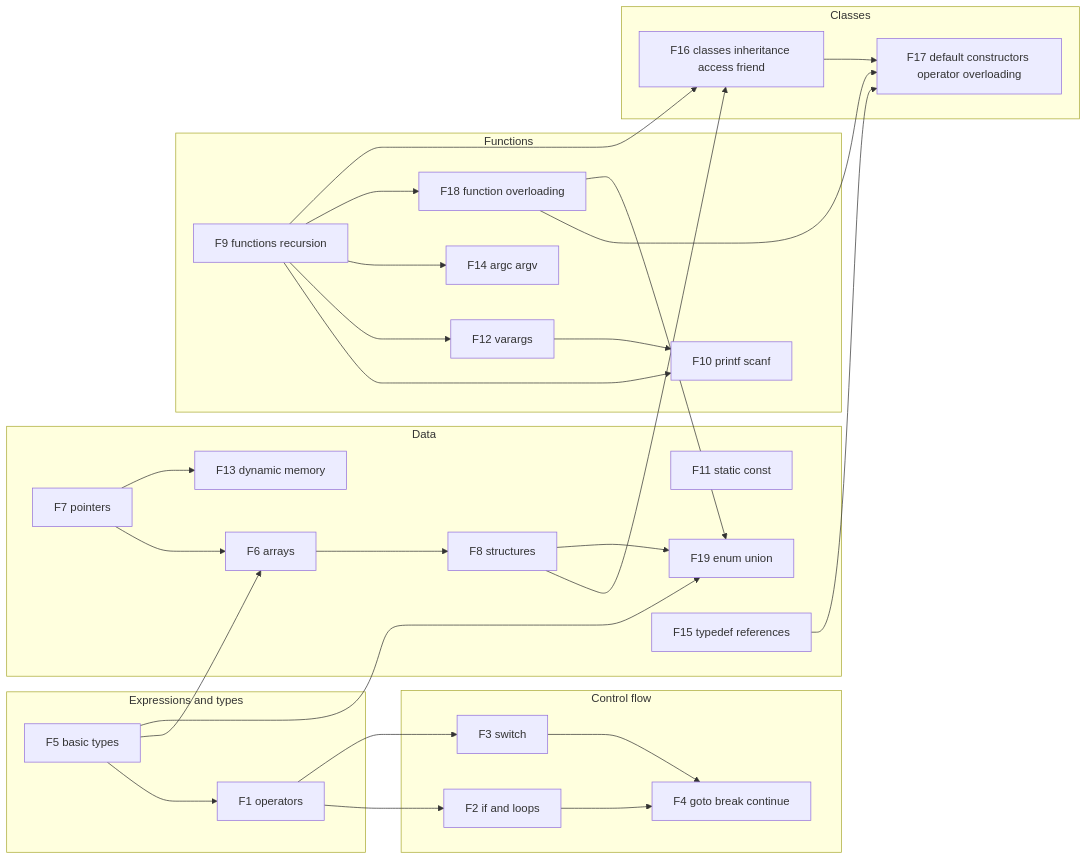
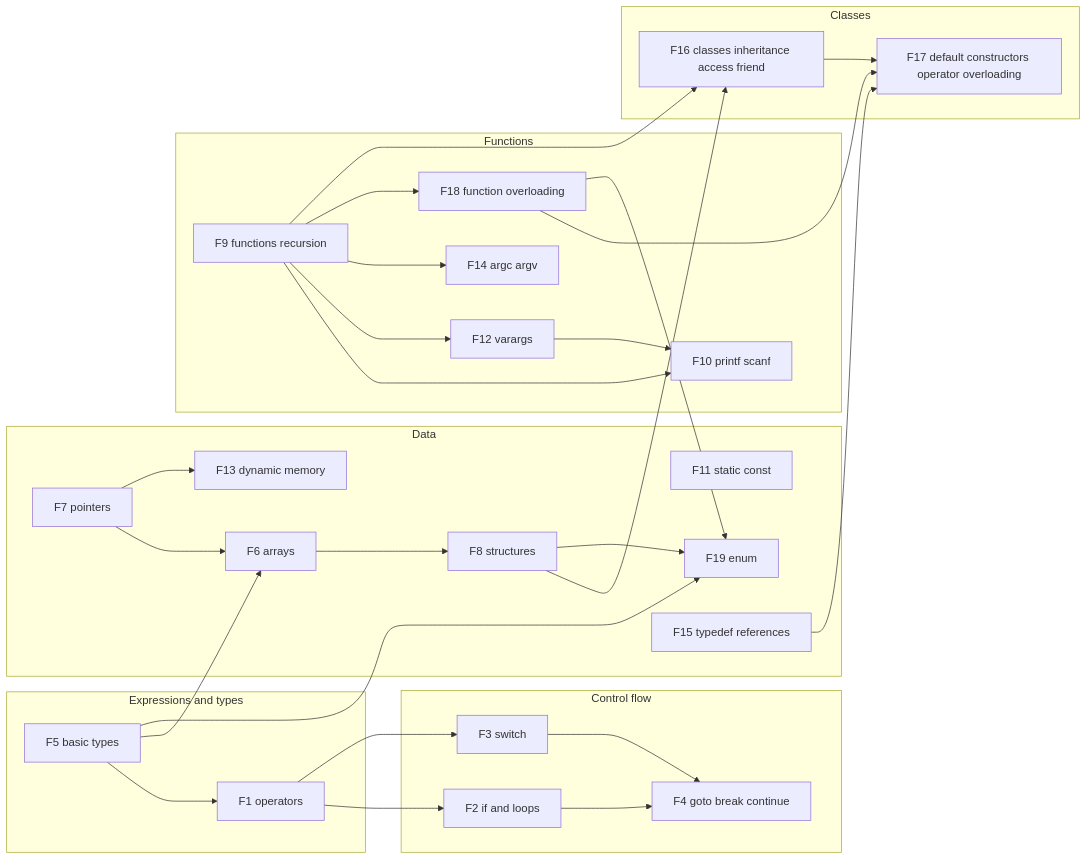
Before and after one commit to migikun474/COMPILER-DESIGN: the second of 3 diagrams in docs/FEATURE_CONNECTIVITY.md, drawn with Mermaid. The commit also changed other lines of this file and 203 other files, not shown here.

First line of the commit message:
Remove union again; keep enum (D50)

````diff
--- a/docs/FEATURE_CONNECTIVITY.md
+++ b/docs/FEATURE_CONNECTIVITY.md
@@ -43,54 +43,54 @@
 ```mermaid
 flowchart LR
     subgraph EXPR["Expressions and types"]
         F1["F1 operators"]
         F5["F5 basic types"]
     end
     subgraph CTRL["Control flow"]
         F2["F2 if and loops"]
         F3["F3 switch"]
         F4["F4 goto break continue"]
     end
     subgraph DATA["Data"]
         F6["F6 arrays"]
         F7["F7 pointers"]
         F8["F8 structures"]
         F11["F11 static const"]
-        F19["F19 enum union"]
+        F19["F19 enum"]
         F13["F13 dynamic memory"]
         F15["F15 typedef references"]
     end
     subgraph CALLS["Functions"]
         F9["F9 functions recursion"]
         F10["F10 printf scanf"]
         F12["F12 varargs"]
         F14["F14 argc argv"]
         F18["F18 function overloading"]
     end
     subgraph OOP["Classes"]
         F16["F16 classes inheritance access friend"]
         F17["F17 default constructors operator overloading"]
     end
     F1 --> F2
     F1 --> F3
     F5 --> F1
     F2 --> F4
     F3 --> F4
     F5 --> F6
     F7 --> F6
     F7 --> F13
     F8 --> F16
     F6 --> F8
     F9 --> F10
     F9 --> F12
     F12 --> F10
     F9 --> F14
     F9 --> F18
     F18 --> F17
     F16 --> F17
     F15 --> F17
     F9 --> F16
     F5 --> F19
     F8 --> F19
     F18 --> F19
 ```
````
